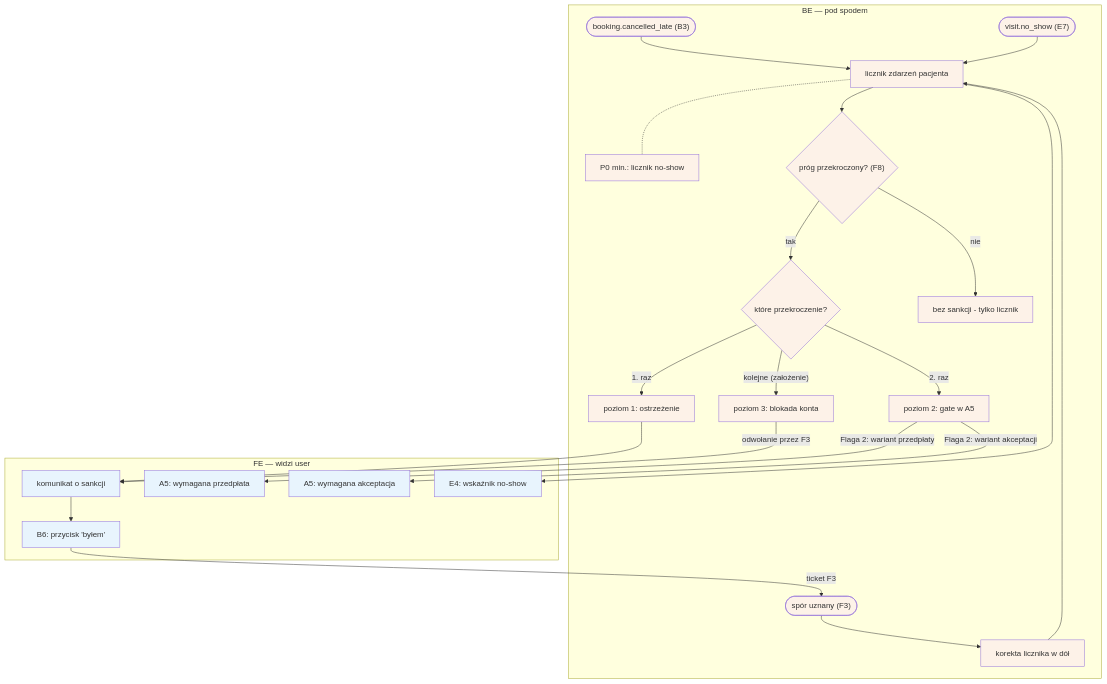
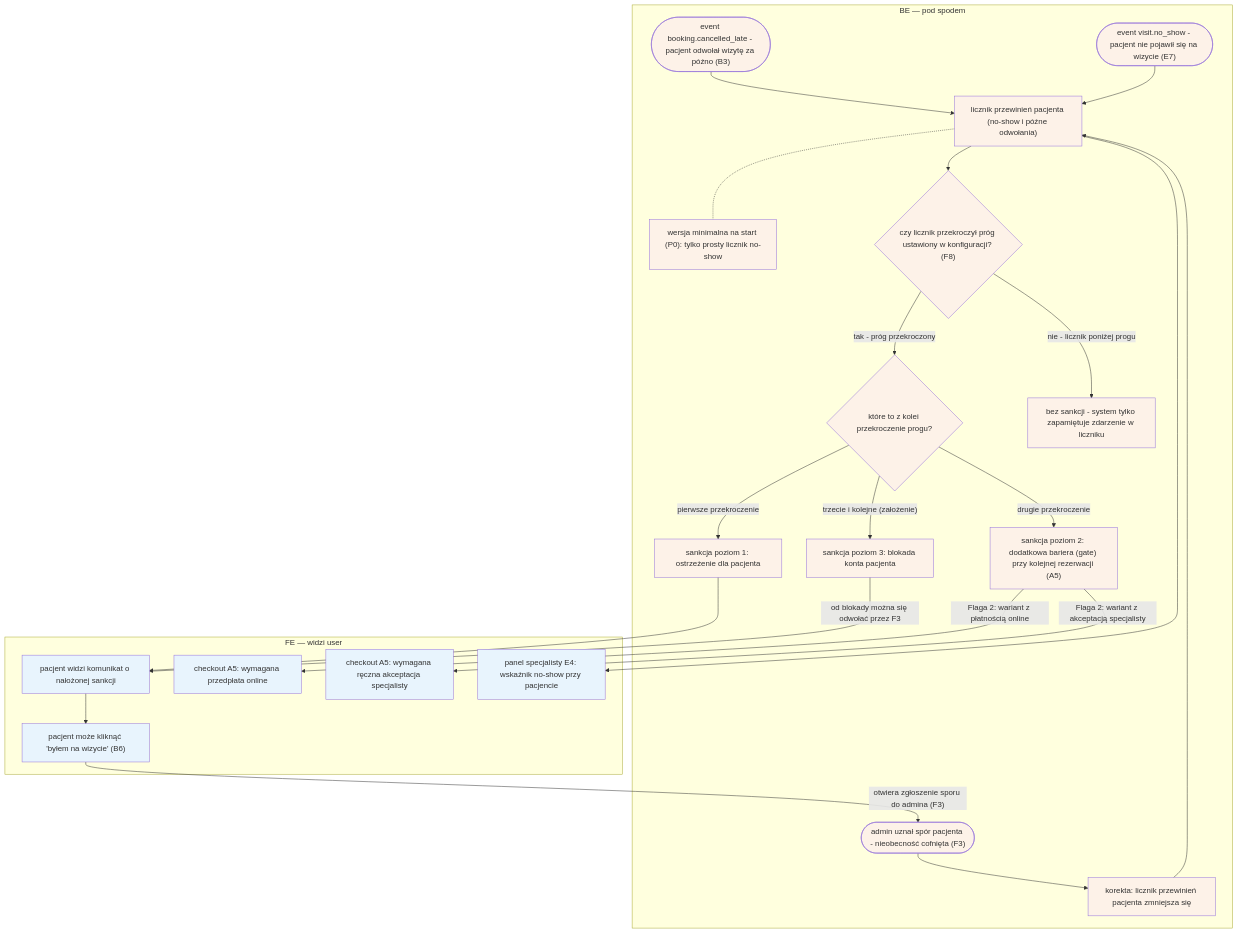
Before and after one commit to QooperBoy/medivo_portal: the diagram in diagrams/g-silniki/g7-scoring-engine.md, drawn with Mermaid. The commit also changed other lines of this file and 47 other files, not shown here.

First line of the commit message:
czytelnosc: pelne etykiety + sekcje Aktorzy i Objasnienie blokow (23 diagramy)

````diff
--- a/diagrams/g-silniki/g7-scoring-engine.md
+++ b/diagrams/g-silniki/g7-scoring-engine.md
@@ -3,48 +3,48 @@
 ```mermaid
 flowchart TD
     subgraph BE["BE — pod spodem"]
-        EV1(["booking.cancelled_late (B3)"])
-        EV2(["visit.no_show (E7)"])
-        EV3(["spór uznany (F3)"])
-        COR["korekta licznika w dół"]
-        CNT["licznik zdarzeń pacjenta"]
-        P0N["P0 min.: licznik no-show"]
-        TH{"próg przekroczony? (F8)"}
-        LV{"które przekroczenie?"}
-        SAN0["bez sankcji - tylko licznik"]
-        SAN1["poziom 1: ostrzeżenie"]
-        SAN2["poziom 2: gate w A5"]
-        SAN3["poziom 3: blokada konta"]
+        EV1(["event booking.cancelled_late - pacjent odwołał wizytę za późno (B3)"])
+        EV2(["event visit.no_show - pacjent nie pojawił się na wizycie (E7)"])
+        EV3(["admin uznał spór pacjenta - nieobecność cofnięta (F3)"])
+        COR["korekta: licznik przewinień pacjenta zmniejsza się"]
+        CNT["licznik przewinień pacjenta (no-show i późne odwołania)"]
+        P0N["wersja minimalna na start (P0): tylko prosty licznik no-show"]
+        TH{"czy licznik przekroczył próg ustawiony w konfiguracji? (F8)"}
+        LV{"które to z kolei przekroczenie progu?"}
+        SAN0["bez sankcji - system tylko zapamiętuje zdarzenie w liczniku"]
+        SAN1["sankcja poziom 1: ostrzeżenie dla pacjenta"]
+        SAN2["sankcja poziom 2: dodatkowa bariera (gate) przy kolejnej rezerwacji (A5)"]
+        SAN3["sankcja poziom 3: blokada konta pacjenta"]
     end
     subgraph FE["FE — widzi user"]
-        FE1["komunikat o sankcji"]
-        FE2["A5: wymagana przedpłata"]
-        FE3["A5: wymagana akceptacja"]
-        FE4["E4: wskaźnik no-show"]
-        FE5["B6: przycisk 'byłem'"]
+        FE1["pacjent widzi komunikat o nałożonej sankcji"]
+        FE2["checkout A5: wymagana przedpłata online"]
+        FE3["checkout A5: wymagana ręczna akceptacja specjalisty"]
+        FE4["panel specjalisty E4: wskaźnik no-show przy pacjencie"]
+        FE5["pacjent może kliknąć 'byłem na wizycie' (B6)"]
     end
 
     EV1 --> CNT
     EV2 --> CNT
     EV3 --> COR
     COR --> CNT
     CNT -.- P0N
     CNT --> TH
     CNT --> FE4
-    TH -->|nie| SAN0
-    TH -->|tak| LV
-    LV -->|"1. raz"| SAN1
-    LV -->|"2. raz"| SAN2
-    LV -->|"kolejne (założenie)"| SAN3
+    TH -->|"nie - licznik poniżej progu"| SAN0
+    TH -->|"tak - próg przekroczony"| LV
+    LV -->|"pierwsze przekroczenie"| SAN1
+    LV -->|"drugie przekroczenie"| SAN2
+    LV -->|"trzecie i kolejne (założenie)"| SAN3
     SAN1 --> FE1
-    SAN3 -->|"odwołanie przez F3"| FE1
-    SAN2 -->|"Flaga 2: wariant przedpłaty"| FE2
-    SAN2 -->|"Flaga 2: wariant akceptacji"| FE3
+    SAN3 -->|"od blokady można się odwołać przez F3"| FE1
+    SAN2 -->|"Flaga 2: wariant z płatnością online"| FE2
+    SAN2 -->|"Flaga 2: wariant z akceptacją specjalisty"| FE3
     FE1 --> FE5
-    FE5 -->|"ticket F3"| EV3
+    FE5 -->|"otwiera zgłoszenie sporu do admina (F3)"| EV3
 
     classDef fe fill:#e8f4fd
     classDef be fill:#fdf2e8
     class FE1,FE2,FE3,FE4,FE5 fe
     class EV1,EV2,EV3,COR,CNT,P0N,TH,LV,SAN0,SAN1,SAN2,SAN3 be
 ```
````
